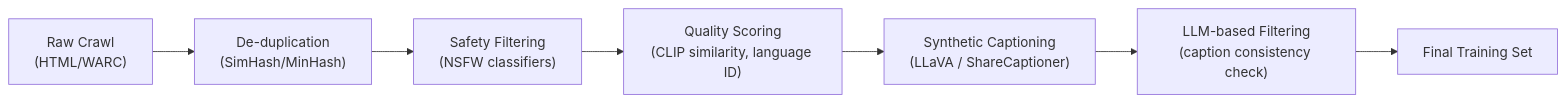
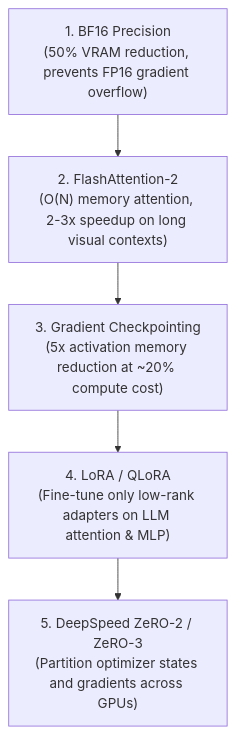
One commit to subhrm/subhrm.github.io changed the fifth of 6 diagrams in src/content/posts/2026-05-22-Multi-Modal-Models.md. Above: the diagram before and after it, drawn with Mermaid. The commit also changed other lines of this file, not shown here.

Commit message:
Simplifying Multimodal LLM Post

````diff
--- a/src/content/posts/2026-05-22-Multi-Modal-Models.md
+++ b/src/content/posts/2026-05-22-Multi-Modal-Models.md
@@ -797,9 +294,7 @@
 ```mermaid
-graph LR
-    Raw["Raw Crawl\n(HTML/WARC)"] --> Ded["De-duplication\n(SimHash/MinHash)"]
-    Ded --> Safe["Safety Filtering\n(NSFW classifiers)"]
-    Safe --> Quality["Quality Scoring\n(CLIP similarity, language ID)"]
-    Quality --> Synth["Synthetic Captioning\n(LLaVA / ShareCaptioner)"]
-    Synth --> Filter["LLM-based Filtering\n(caption consistency check)"]
-    Filter --> Final["Final Training Set"]
+graph TD
+    P1["1. BF16 Precision\n(50% VRAM reduction, prevents FP16 gradient overflow)"] --> P2["2. FlashAttention-2\n(O(N) memory attention, 2-3x speedup on long visual contexts)"]
+    P2 --> P3["3. Gradient Checkpointing\n(5x activation memory reduction at ~20% compute cost)"]
+    P3 --> P4["4. LoRA / QLoRA\n(Fine-tune only low-rank adapters on LLM attention & MLP)"]
+    P4 --> P5["5. DeepSpeed ZeRO-2 / ZeRO-3\n(Partition optimizer states and gradients across GPUs)"]
 ```
````
